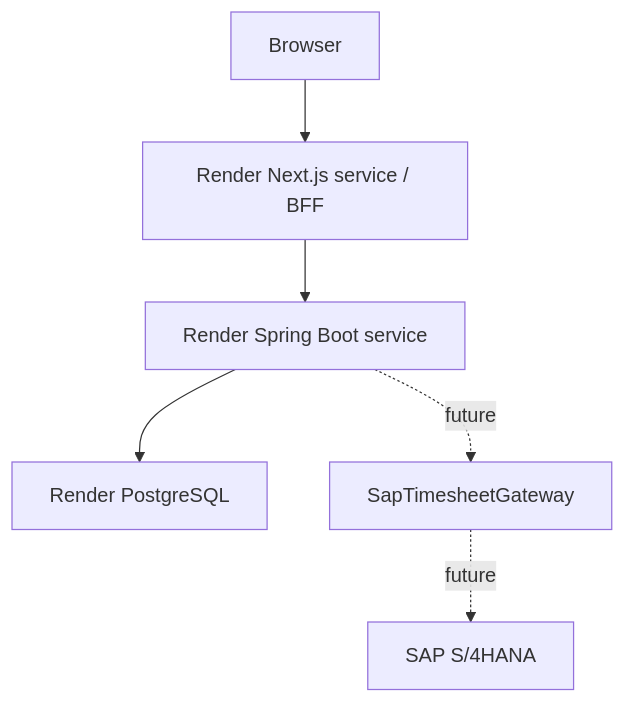
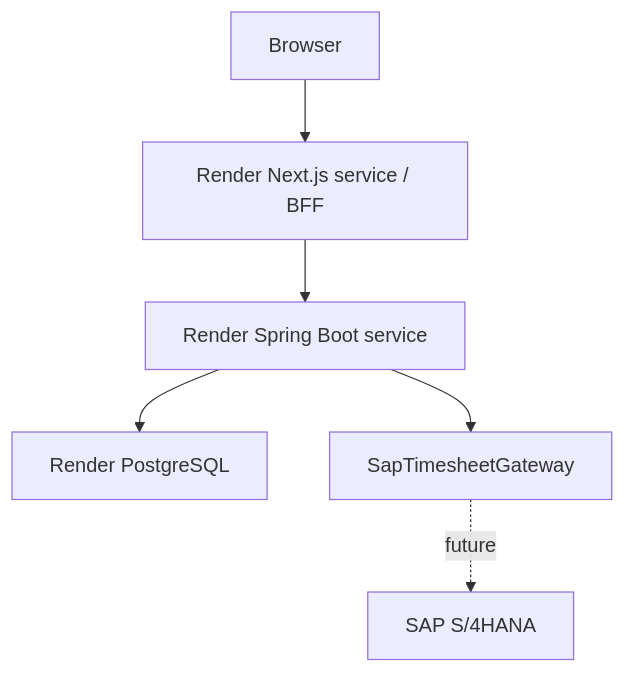
Before and after one commit to wearthewo/sap-timesheet-automation: the diagram in docs/architecture.md, drawn with Mermaid. The commit also changed other lines of this file and 39 other files, not shown here.

````diff
--- a/docs/architecture.md
+++ b/docs/architecture.md
@@ -53,8 +52,8 @@
 ```mermaid
 flowchart TD
  Browser --> Next["Render Next.js service / BFF"]
  Next --> Spring["Render Spring Boot service"]
  Spring --> DB["Render PostgreSQL"]
- Spring -. future .-> Gateway["SapTimesheetGateway"]
+ Spring --> Gateway["SapTimesheetGateway"]
  Gateway -. future .-> SAP["SAP S/4HANA"]
 ```
````
